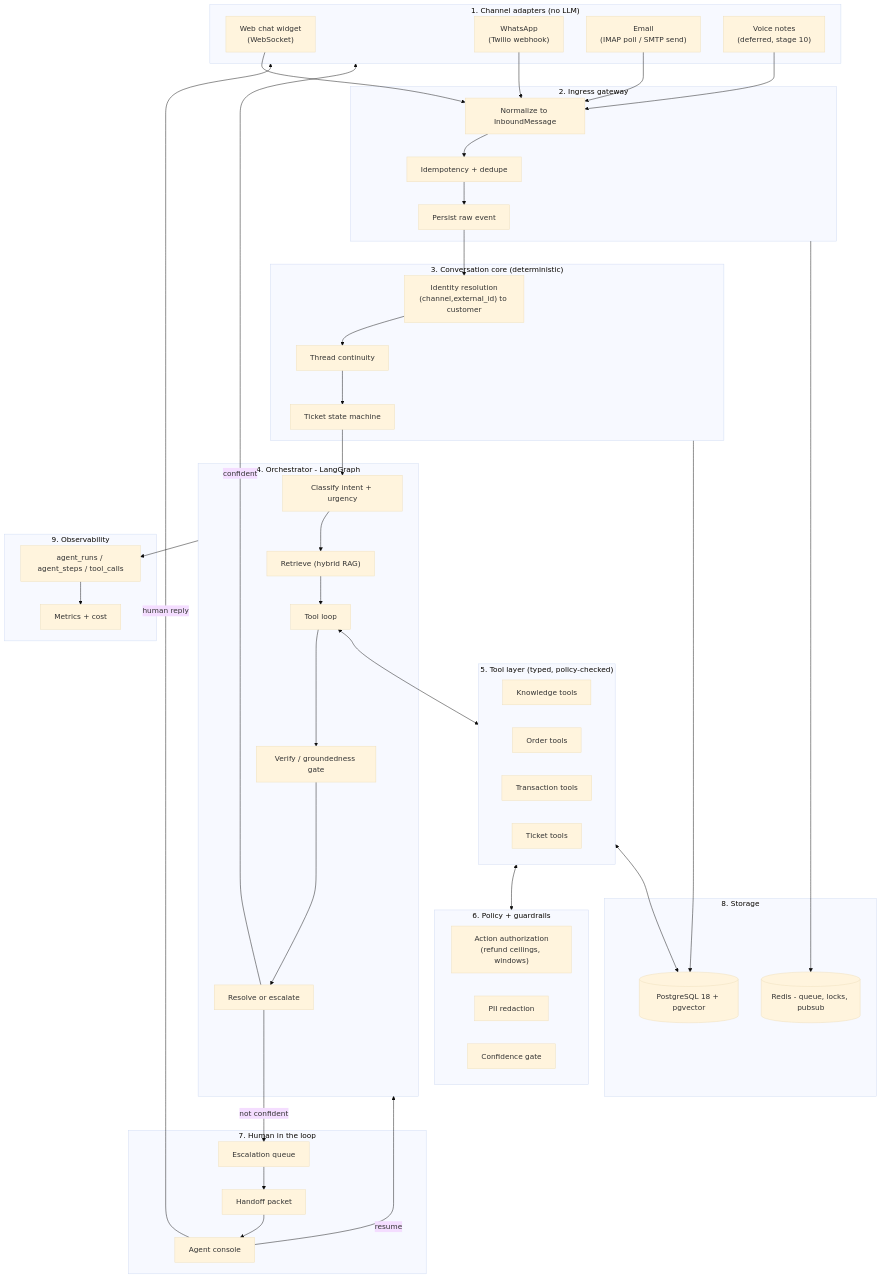
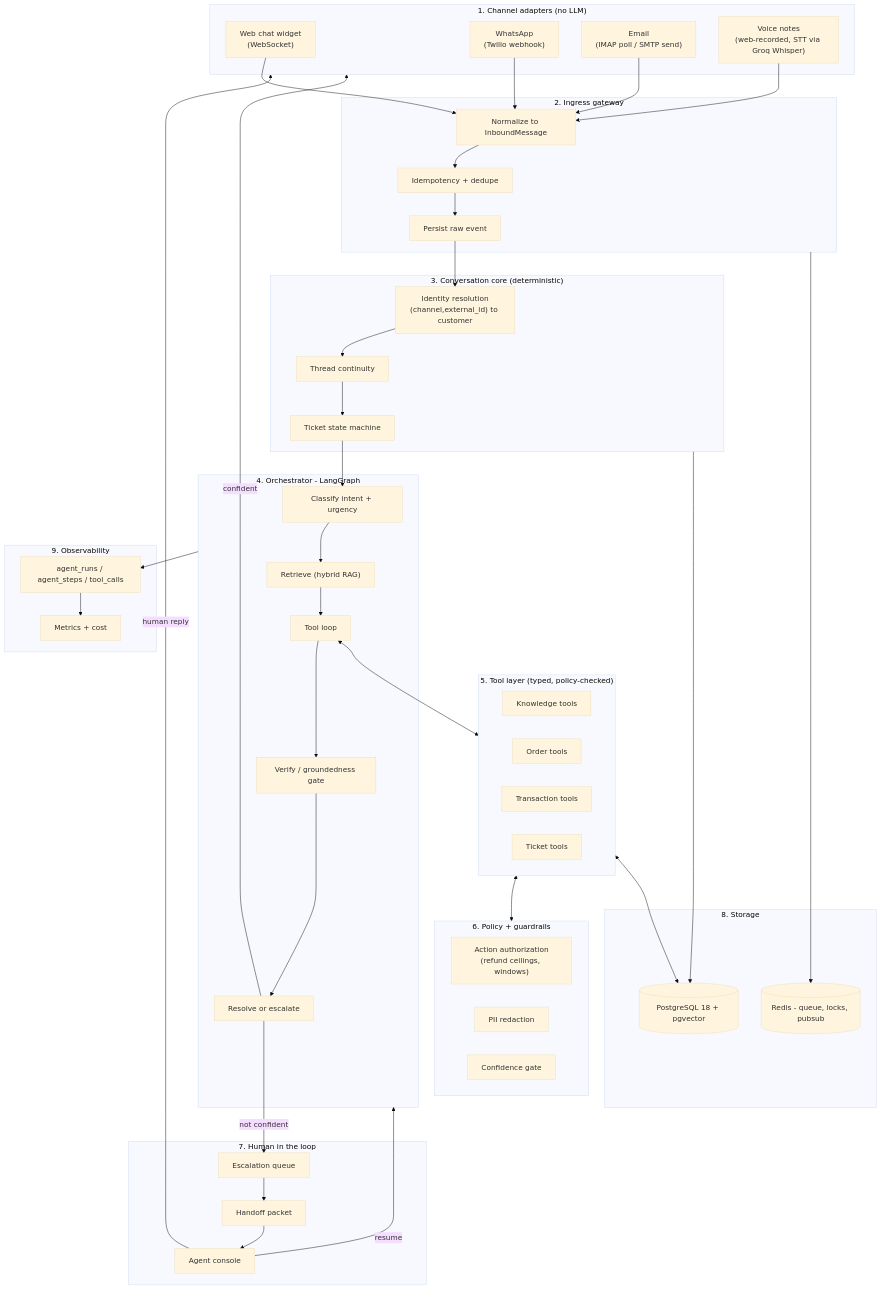
Before and after one commit to Sarcastic-Soul/agentic-customer-support-ticket-system: the first of 3 diagrams in docs/01-architecture.md, drawn with Mermaid (base theme). The commit also changed 13 other files, not shown here.

````diff
--- a/docs/01-architecture.md
+++ b/docs/01-architecture.md
@@ -28,77 +28,77 @@
 ```mermaid
 flowchart TB
     subgraph CH["1. Channel adapters (no LLM)"]
         W["Web chat widget<br/>(WebSocket)"]
         WA["WhatsApp<br/>(Twilio webhook)"]
         EM["Email<br/>(IMAP poll / SMTP send)"]
-        VO["Voice notes<br/>(deferred, stage 10)"]
+        VO["Voice notes<br/>(web-recorded, STT via Groq Whisper)"]
     end
 
     subgraph GW["2. Ingress gateway"]
         NORM["Normalize to InboundMessage"]
         DEDUP["Idempotency + dedupe"]
         RAW["Persist raw event"]
     end
 
     subgraph CORE["3. Conversation core (deterministic)"]
         IDENT["Identity resolution<br/>(channel,external_id) to customer"]
         THREAD["Thread continuity"]
         TSM["Ticket state machine"]
     end
 
     subgraph ORCH["4. Orchestrator - LangGraph"]
         CLS["Classify intent + urgency"]
         RET["Retrieve (hybrid RAG)"]
         ACT["Tool loop"]
         VER["Verify / groundedness gate"]
         DEC["Resolve or escalate"]
     end
 
     subgraph TOOLS["5. Tool layer (typed, policy-checked)"]
         KB["Knowledge tools"]
         ORD["Order tools"]
         TXN["Transaction tools"]
         TKT["Ticket tools"]
     end
 
     subgraph POL["6. Policy + guardrails"]
         AUTH["Action authorization<br/>(refund ceilings, windows)"]
         PII["PII redaction"]
         CONF["Confidence gate"]
     end
 
     subgraph HIL["7. Human in the loop"]
         Q["Escalation queue"]
         PKT["Handoff packet"]
         CON["Agent console"]
     end
 
     subgraph DATA["8. Storage"]
         PG[("PostgreSQL 18 + pgvector")]
         RD[("Redis - queue, locks, pubsub")]
     end
 
     subgraph OBS["9. Observability"]
         TR["agent_runs / agent_steps / tool_calls"]
         MET["Metrics + cost"]
     end
 
     W --> NORM
     WA --> NORM
     EM --> NORM
     VO --> NORM
     NORM --> DEDUP --> RAW --> IDENT --> THREAD --> TSM --> CLS
     CLS --> RET --> ACT --> VER --> DEC
     ACT <--> TOOLS
     TOOLS <--> POL
     TOOLS <--> PG
     DEC -->|confident| CH
     DEC -->|not confident| Q
     Q --> PKT --> CON
     CON -->|human reply| CH
     CON -->|resume| ORCH
     ORCH --> TR
     CORE --> PG
     GW --> RD
     TR --> MET
 ```
````
